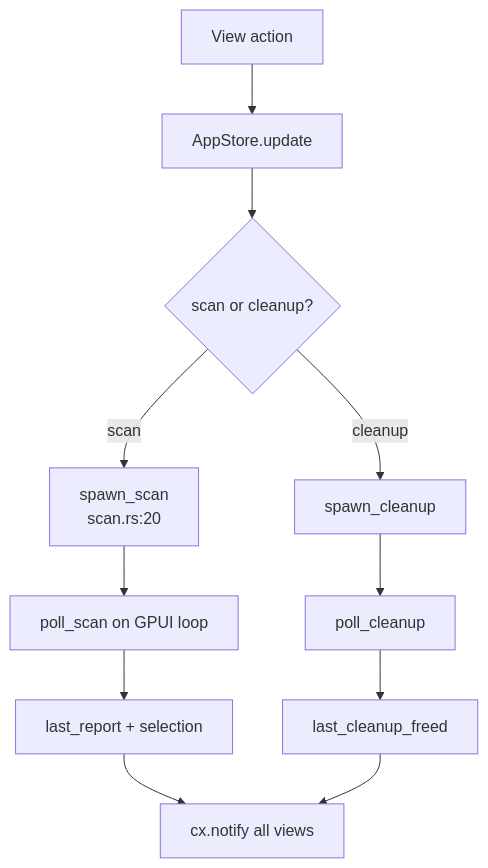
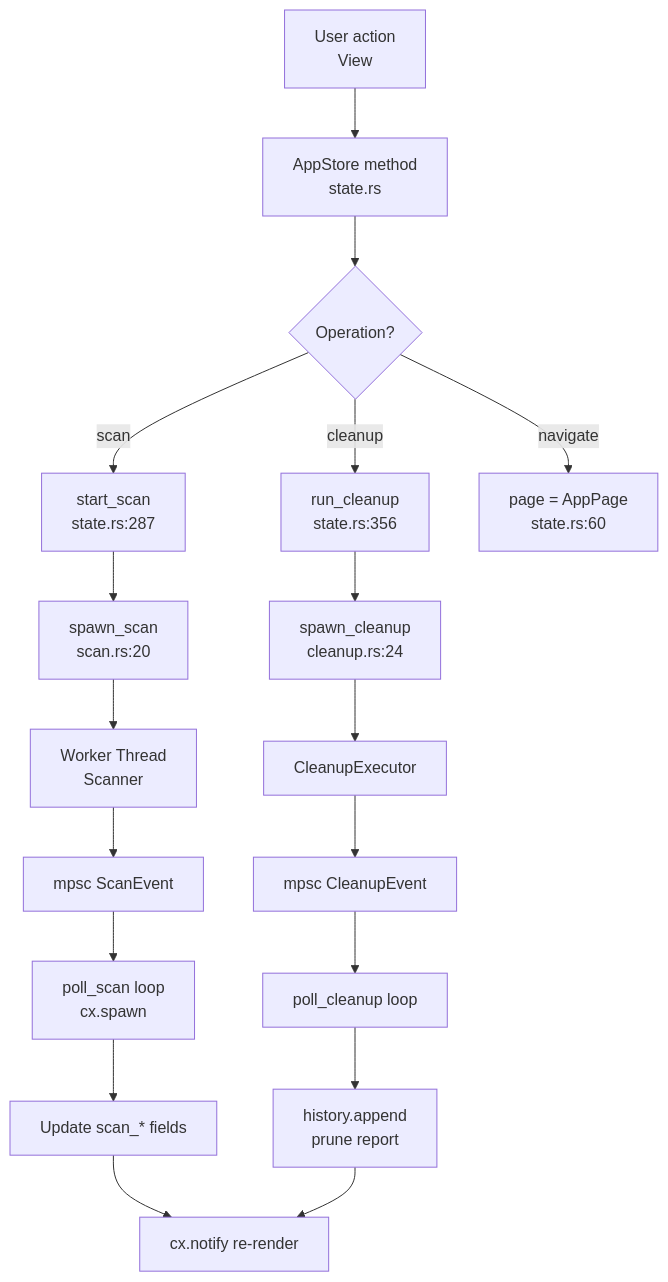
One commit to sopaco/CLV3000-Plus changed the diagram in .terrain/human/4.Deep-Exploration/app-store.md. Above: the diagram before and after it, drawn with Mermaid. The commit also changed other lines of this file and 14 other files, not shown here.

````diff
--- a/.terrain/human/4.Deep-Exploration/app-store.md
+++ b/.terrain/human/4.Deep-Exploration/app-store.md
@@ -47,13 +59,20 @@
 ```mermaid
 flowchart TD
-    A["View action"] --> B["AppStore.update"]
-    B --> C{"scan or cleanup?"}
-    C -->|scan| D["spawn_scan<br/>scan.rs:20"]
-    C -->|cleanup| E["spawn_cleanup"]
-    D --> F["poll_scan on GPUI loop"]
-    E --> G["poll_cleanup"]
-    F --> H["last_report + selection"]
-    G --> I["last_cleanup_freed"]
-    H --> J["cx.notify all views"]
-    I --> J
+    A["User action<br/>View"] --> B["AppStore method<br/>state.rs"]
+    B --> C{"Operation?"}
+    C -->|scan| D["start_scan<br/>state.rs:287"]
+    C -->|cleanup| E["run_cleanup<br/>state.rs:356"]
+    C -->|navigate| F["page = AppPage<br/>state.rs:60"]
+    D --> G["spawn_scan<br/>scan.rs:20"]
+    G --> H["Worker Thread<br/>Scanner"]
+    H --> I["mpsc ScanEvent"]
+    I --> J["poll_scan loop<br/>cx.spawn"]
+    J --> K["Update scan_* fields"]
+    K --> L["cx.notify re-render"]
+    E --> M["spawn_cleanup<br/>cleanup.rs:24"]
+    M --> N["CleanupExecutor"]
+    N --> O["mpsc CleanupEvent"]
+    O --> P["poll_cleanup loop"]
+    P --> Q["history.append<br/>prune report"]
+    Q --> L
 ```
````
